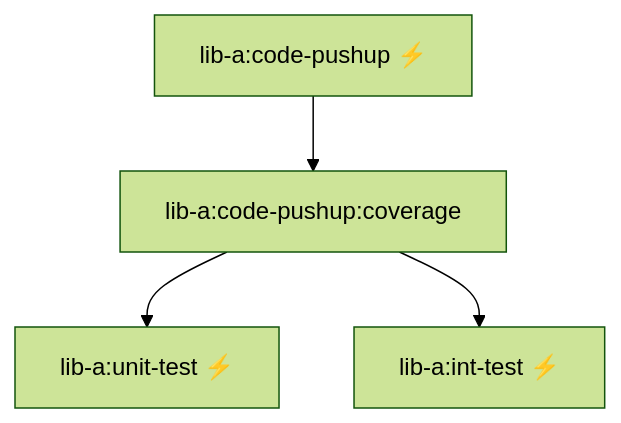
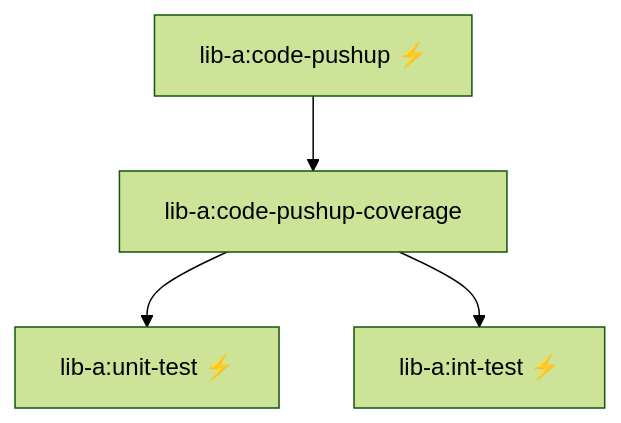
One commit to code-pushup/cli changed the diagram in packages/cli/docs/turbo-caching.md. Above: the diagram before and after it, drawn with Mermaid (forest theme). The commit also changed other lines of this file, not shown here.

````diff
--- a/packages/cli/docs/turbo-caching.md
+++ b/packages/cli/docs/turbo-caching.md
@@ -76,6 +76,6 @@
 ```mermaid
 graph TD
-  A[lib-a:code-pushup ⚡] --> B[lib-a:code-pushup:coverage]
+  A[lib-a:code-pushup ⚡] --> B[lib-a:code-pushup-coverage]
   B --> C[lib-a:unit-test ⚡]
   B --> D[lib-a:int-test ⚡]
 ```
````
